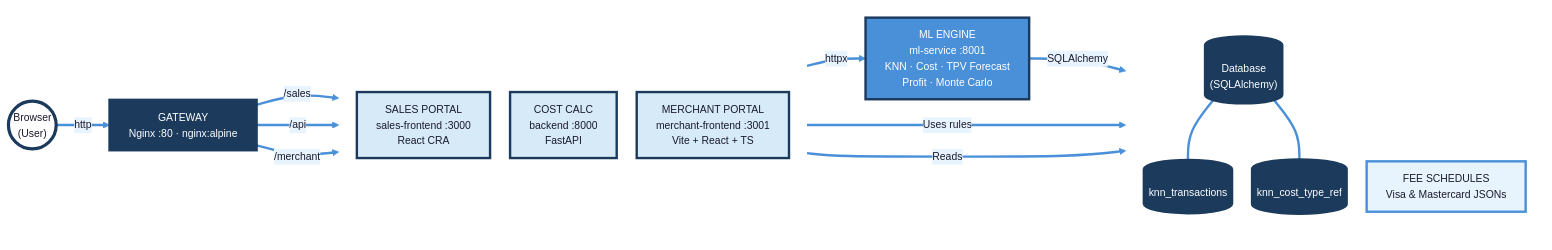
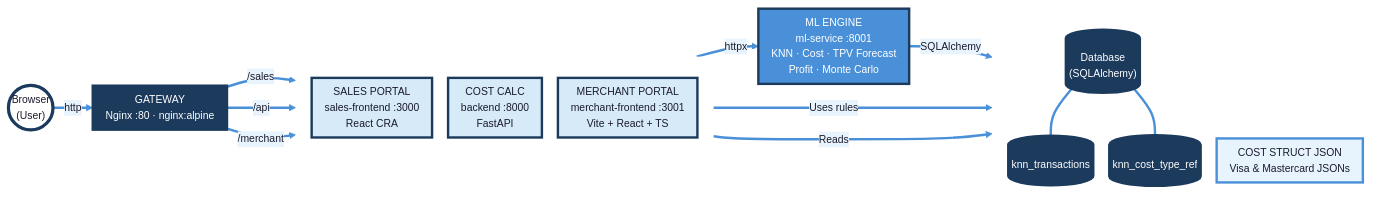
Before and after one commit to Yattmeo/404_found_us: the first of 11 diagrams in ARCHITECTURE.md, drawn with Mermaid.

````diff
--- a/ARCHITECTURE.md
+++ b/ARCHITECTURE.md
@@ -5,52 +5,52 @@
 ```mermaid
-%%{init: {'theme': 'base', 'themeVariables': { 'primaryColor': '#D6EAF8', 'primaryTextColor': '#1a1a2e', 'primaryBorderColor': '#4A90D9', 'lineColor': '#4A90D9', 'secondaryColor': '#E8F4FD', 'tertiaryColor': '#F5FAFF', 'fontFamily': 'Segoe UI, sans-serif', 'fontSize': '13px' }, 'flowchart': { 'nodeSpacing': 25, 'rankSpacing': 45, 'padding': 12 }}}%%
+%%{init: {'theme': 'base', 'themeVariables': { 'primaryColor': '#D6EAF8', 'primaryTextColor': '#1a1a2e', 'primaryBorderColor': '#4A90D9', 'lineColor': '#4A90D9', 'secondaryColor': '#E8F4FD', 'tertiaryColor': '#F5FAFF', 'fontFamily': 'Segoe UI, sans-serif', 'fontSize': '13px' }, 'flowchart': { 'nodeSpacing': 20, 'rankSpacing': 28, 'padding': 8 }}}%%
 graph LR
     USER(("Browser<br/>(User)"))
 
     USER -->|http| NG["GATEWAY<br/>Nginx :80 · nginx:alpine"]
 
     NG -->|/sales| FE
     NG -->|/api| BE
     NG -->|/merchant| MFE
 
     subgraph Services["  "]
         direction TB
         FE["SALES PORTAL<br/>sales-frontend :3000<br/>React CRA"]
         BE["COST CALC<br/>backend :8000<br/>FastAPI"]
         MFE["MERCHANT PORTAL<br/>merchant-frontend :3001<br/>Vite + React + TS"]
     end
 
     BE -->|httpx| MLS["ML ENGINE<br/>ml-service :8001<br/>KNN · Cost · TPV Forecast<br/>Profit · Monte Carlo"]
 
     MLS -->|SQLAlchemy| DB
     BE -->|Uses rules| CS
     BE -->|Reads| DB
 
     subgraph DataLayer["  "]
         direction TB
-        CS["FEE SCHEDULES<br/>Visa & Mastercard JSONs"]
+        CS["COST STRUCT JSON<br/>Visa & Mastercard JSONs"]
         DB[("Database<br/>(SQLAlchemy)")]
         DB1[("knn_transactions")]
         DB2[("knn_cost_type_ref")]
     end
 
     DB --- DB1
     DB --- DB2
 
     style USER fill:#ffffff,stroke:#1B3A5C,stroke-width:4px,color:#1a1a2e
     style NG fill:#1B3A5C,stroke:#1B3A5C,stroke-width:3px,color:#ffffff
     style Services fill:#ffffff,stroke:#ffffff,stroke-width:0px
     style DataLayer fill:#ffffff,stroke:#ffffff,stroke-width:0px
 
     style FE fill:#D6EAF8,stroke:#1B3A5C,stroke-width:3px,color:#1a1a2e
     style BE fill:#D6EAF8,stroke:#1B3A5C,stroke-width:3px,color:#1a1a2e
     style MLS fill:#4A90D9,stroke:#1B3A5C,stroke-width:3px,color:#ffffff
     style MFE fill:#D6EAF8,stroke:#1B3A5C,stroke-width:3px,color:#1a1a2e
 
     style CS fill:#E8F4FD,stroke:#4A90D9,stroke-width:3px,color:#1a1a2e
     style DB fill:#1B3A5C,stroke:#1B3A5C,stroke-width:3px,color:#ffffff
     style DB1 fill:#1B3A5C,stroke:#1B3A5C,stroke-width:3px,color:#ffffff
     style DB2 fill:#1B3A5C,stroke:#1B3A5C,stroke-width:3px,color:#ffffff
 
     linkStyle default stroke:#4A90D9,stroke-width:3px
 ```
````
